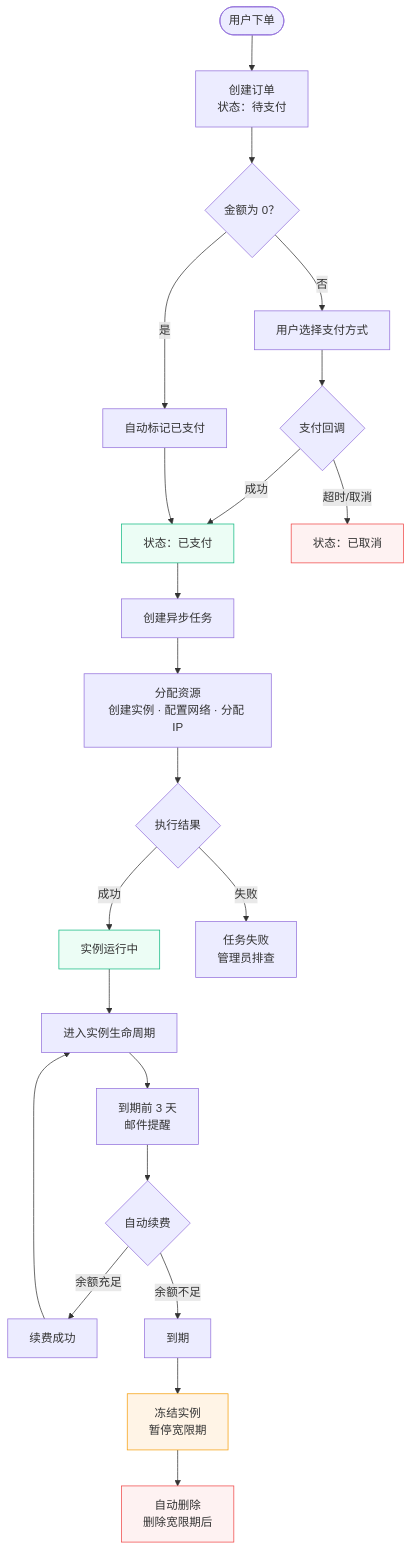
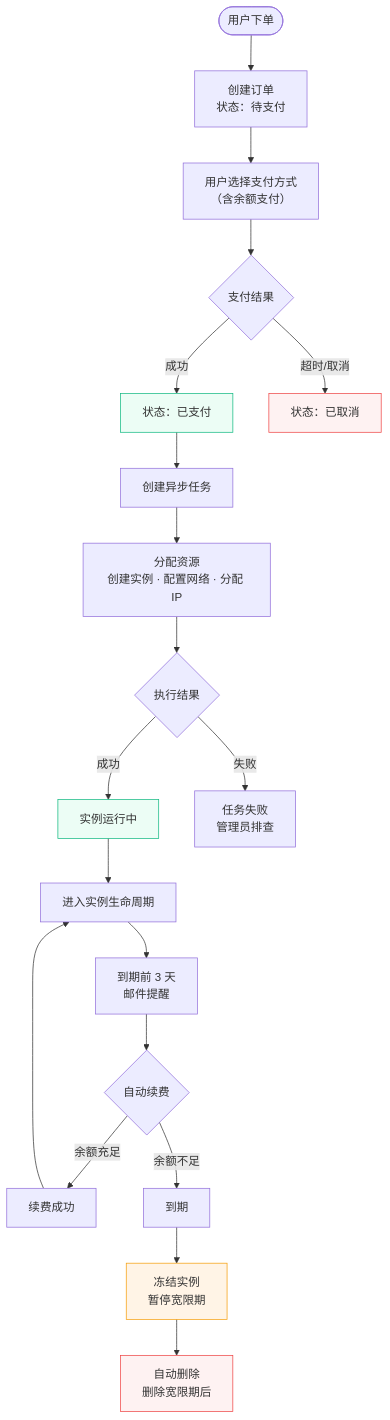
One commit to huohuastudio/docs changed the diagram in docs/novaix/order.md. Above: the diagram before and after it, drawn with Mermaid. The commit also changed other lines of this file and 39 other files, not shown here.

````diff
--- a/docs/novaix/order.md
+++ b/docs/novaix/order.md
@@ -81,32 +81,29 @@
 ```mermaid
 flowchart TD
     start(["用户下单"]) --> create["创建订单<br/>状态：待支付"]
-    create --> zero{"金额为 0？"}
-    zero -->|是| autopaid["自动标记已支付"]
-    zero -->|否| pay["用户选择支付方式"]
-    pay --> callback{"支付回调"}
+    create --> pay["用户选择支付方式<br/>（含余额支付）"]
+    pay --> callback{"支付结果"}
     callback -->|成功| paid["状态：已支付"]
     callback -->|超时/取消| cancel["状态：已取消"]
-    autopaid --> paid
 
     paid --> task["创建异步任务"]
     task --> provision["分配资源<br/>创建实例 · 配置网络 · 分配 IP"]
     provision --> success{"执行结果"}
     success -->|成功| done["实例运行中"]
     success -->|失败| retry["任务失败<br/>管理员排查"]
 
     done --> lifecycle["进入实例生命周期"]
     lifecycle --> remind["到期前 3 天<br/>邮件提醒"]
     remind --> autorenew{"自动续费"}
     autorenew -->|余额充足| renewed["续费成功"]
     renewed --> lifecycle
     autorenew -->|余额不足| expire["到期"]
     expire --> freeze["冻结实例<br/>暂停宽限期"]
     freeze --> delete["自动删除<br/>删除宽限期后"]
 
     style paid fill:#ecfdf5,stroke:#10b981
     style cancel fill:#fef2f2,stroke:#ef4444
     style done fill:#ecfdf5,stroke:#10b981
     style freeze fill:#fff4e6,stroke:#f59e0b
     style delete fill:#fef2f2,stroke:#ef4444
 ```
````
